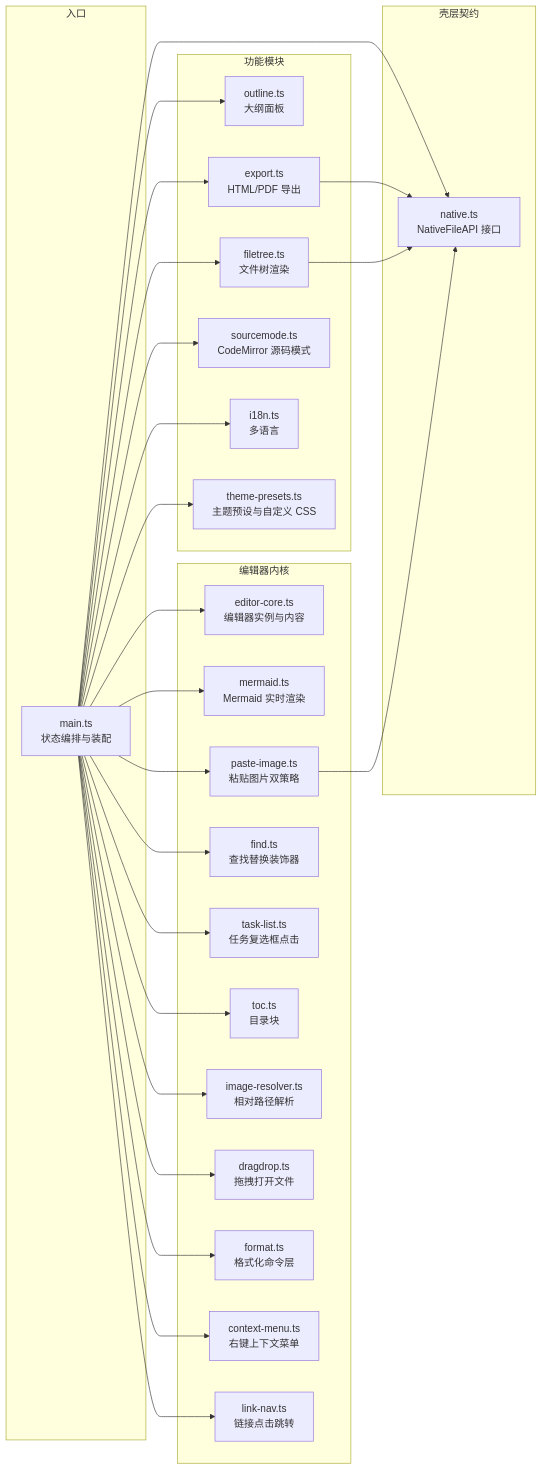
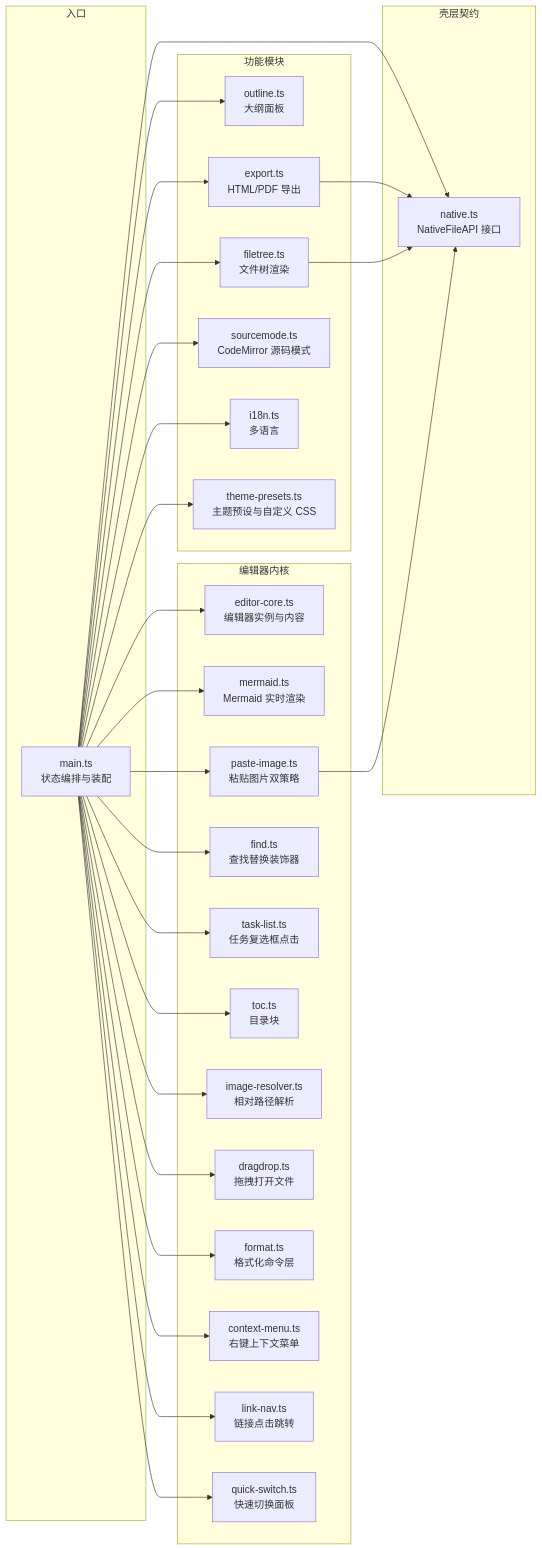
One commit to ChiangyangNPU/for-mark changed the third of 4 diagrams in docs/架构设计.md. Above: the diagram before and after it, drawn with Mermaid. The commit also changed other lines of this file and 14 other files, not shown here.

````diff
--- a/docs/架构设计.md
+++ b/docs/架构设计.md
@@ -85,55 +85,57 @@
 ```mermaid
 flowchart LR
     subgraph 入口
         MAIN[main.ts<br/>状态编排与装配]
     end
 
     subgraph 编辑器内核
         EDITOR[editor-core.ts<br/>编辑器实例与内容]
         MERMAID[mermaid.ts<br/>Mermaid 实时渲染]
         PASTE[paste-image.ts<br/>粘贴图片双策略]
         FIND[find.ts<br/>查找替换装饰器]
         TASK[task-list.ts<br/>任务复选框点击]
         TOC[toc.ts<br/>目录块]
         IMGRES[image-resolver.ts<br/>相对路径解析]
         DROP[dragdrop.ts<br/>拖拽打开文件]
         FMT[format.ts<br/>格式化命令层]
         CTXMENU[context-menu.ts<br/>右键上下文菜单]
         LINKNAV[link-nav.ts<br/>链接点击跳转]
+        QS[quick-switch.ts<br/>快速切换面板]
     end
 
     subgraph 功能模块
         OUTLINE[outline.ts<br/>大纲面板]
         TREE[filetree.ts<br/>文件树渲染]
         EX[export.ts<br/>HTML/PDF 导出]
         SRC[sourcemode.ts<br/>CodeMirror 源码模式]
         I18N[i18n.ts<br/>多语言]
         THEMEPRESET[theme-presets.ts<br/>主题预设与自定义 CSS]
     end
 
     subgraph 壳层契约
         NATIVE[native.ts<br/>NativeFileAPI 接口]
     end
 
     MAIN --> EDITOR
     MAIN --> MERMAID
     MAIN --> PASTE
     MAIN --> FIND
     MAIN --> TASK
     MAIN --> TOC
     MAIN --> IMGRES
     MAIN --> DROP
     MAIN --> FMT
     MAIN --> CTXMENU
     MAIN --> LINKNAV
+    MAIN --> QS
     MAIN --> OUTLINE
     MAIN --> TREE
     MAIN --> EX
     MAIN --> SRC
     MAIN --> I18N
     MAIN --> THEMEPRESET
     MAIN --> NATIVE
     EX --> NATIVE
     TREE --> NATIVE
     PASTE --> NATIVE
 ```
````
